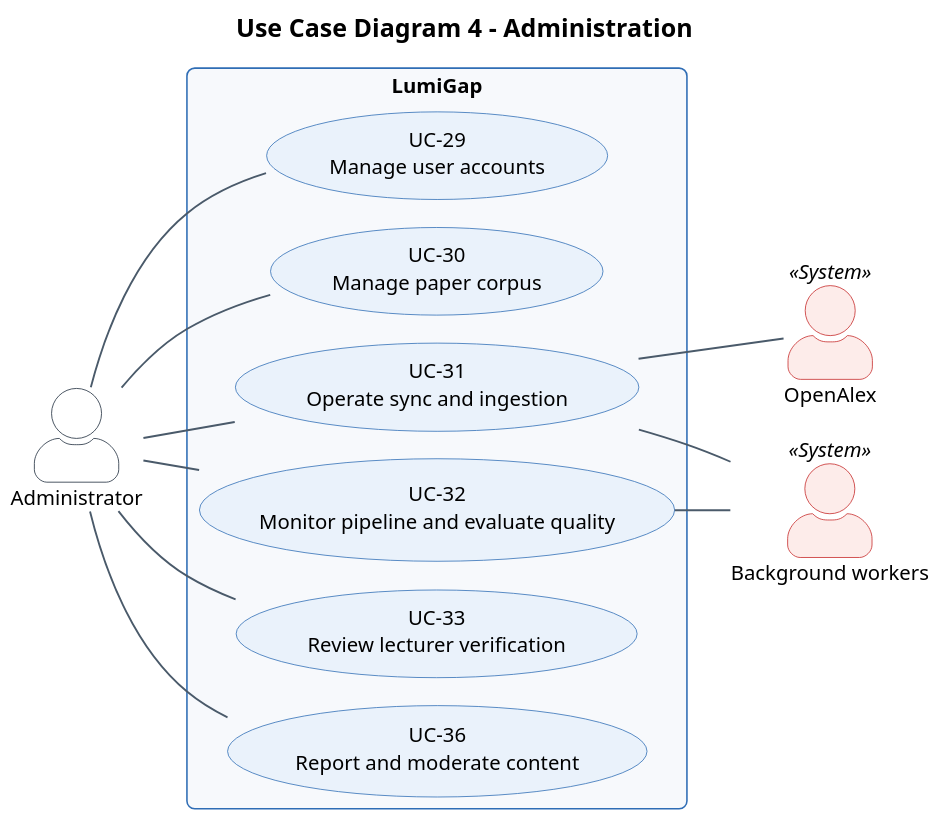
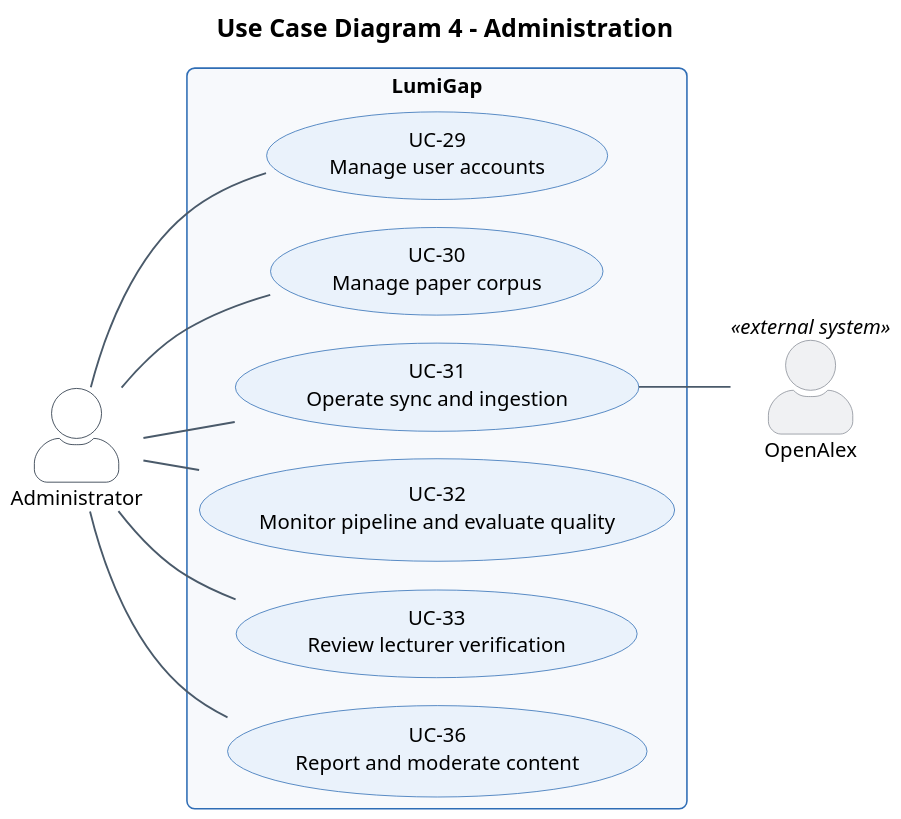
One commit to Khoa-Hoa-Technology-Solution-Company/lumi-gap changed the diagram in docs/diagrams/report3/R3_UseCase_4_Administration.puml. Above: the diagram before and after it, drawn with PlantUML. The commit also changed other lines of this file and 327 other files, not shown here.

First line of the commit message:
docs: update report diagram sources to main ca8fe4d

```diff
--- a/docs/diagrams/report3/R3_UseCase_4_Administration.puml
+++ b/docs/diagrams/report3/R3_UseCase_4_Administration.puml
@@ -2,57 +2,54 @@
 @startuml
 !pragma layout smetana
 skinparam dpi 150
 skinparam defaultFontName "Segoe UI"
 skinparam defaultFontSize 13
 skinparam shadowing false
 skinparam roundCorner 10
 skinparam ArrowColor #4A5A6A
 skinparam ArrowThickness 1.2
 skinparam BorderColor #2F6DB5
 skinparam BackgroundColor #FFFFFF
 skinparam TitleFontSize 16
 skinparam TitleFontStyle bold
 skinparam usecase {
   BackgroundColor #EAF2FB
   BorderColor #2F6DB5
 }
 skinparam actor {
   BackgroundColor #FFFFFF
   BorderColor #1B2A3A
 }
 skinparam entity {
   BackgroundColor #F7FAFD
   BorderColor #2F6DB5
 }
 skinparam rectangle {
   BackgroundColor #F7F9FC
   BorderColor #2F6DB5
 }
 skinparam actorStyle awesome
-skinparam actor<<System>> {
-  BackgroundColor #FDECEA
-  BorderColor #C62828
+skinparam actor<<external system>> {
+  BackgroundColor #F0F1F3
+  BorderColor #8A8F98
 }
 left to right direction
 title Use Case Diagram 4 - Administration
 actor "Administrator" as AD
-actor "OpenAlex" as OA <<System>>
-actor "Background workers" as WK <<System>>
+actor "OpenAlex" as OA <<external system>>
 rectangle "LumiGap" {
   usecase "UC-29\nManage user accounts" as UC29
   usecase "UC-30\nManage paper corpus" as UC30
   usecase "UC-31\nOperate sync and ingestion" as UC31
   usecase "UC-32\nMonitor pipeline and evaluate quality" as UC32
   usecase "UC-33\nReview lecturer verification" as UC33
   usecase "UC-36\nReport and moderate content" as UC36
 }
 AD -- UC29
 AD -- UC30
 AD -- UC31
 AD -- UC32
 AD -- UC33
 AD -- UC36
 UC31 -- OA
-UC31 -- WK
-UC32 -- WK
 @enduml
```
